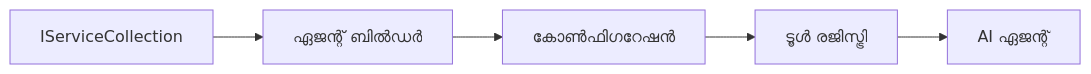
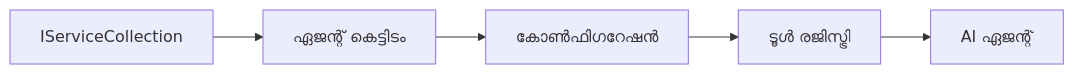
One commit to venturemavenwill/azureaifundamentals changed the diagram in translations/ml/03-agentic-design-patterns/code_samples/03-dotnet-agent-framework.md. Above: the diagram before and after it, drawn with Mermaid. The commit also changed other lines of this file and 4861 other files, not shown here.

````diff
--- a/translations/ml/03-agentic-design-patterns/code_samples/03-dotnet-agent-framework.md
+++ b/translations/ml/03-agentic-design-patterns/code_samples/03-dotnet-agent-framework.md
@@ -41,7 +41,7 @@
 ```mermaid
 graph LR
-    A[IServiceCollection] --> B[ഏജന്റ് ബിൽഡർ]
+    A[IServiceCollection] --> B[ഏജന്റ് കെട്ടിടം]
     B --> C[കോൺഫിഗറേഷൻ]
     C --> D[ടൂൾ രജിസ്ട്രി]
     D --> E[AI ഏജന്റ്]
 ```
````
